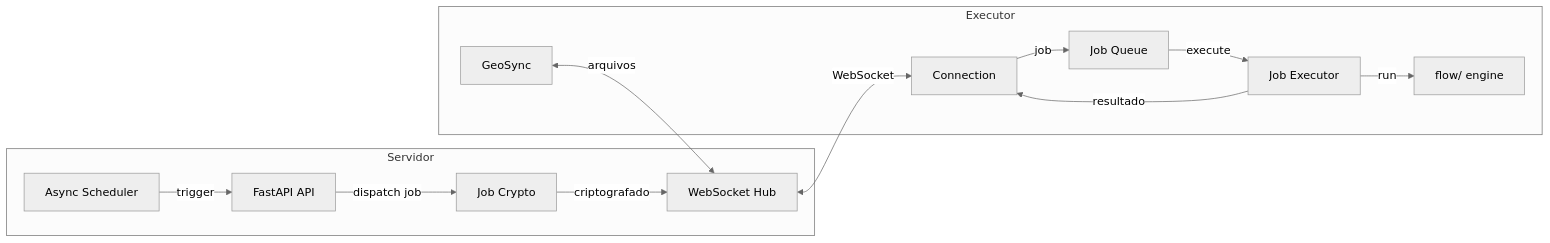
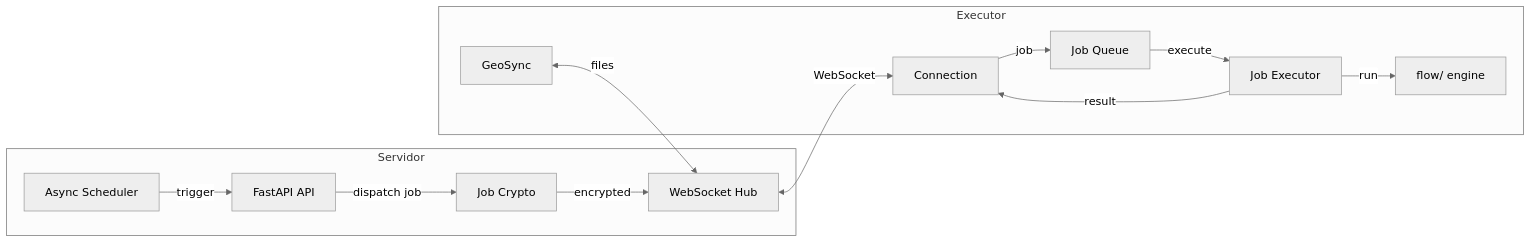
Before and after one commit to jlanio/atlans: the second of 2 diagrams in CONTRIBUTING.md, drawn with Mermaid (neutral theme). The commit also changed other lines of this file and 41 other files, not shown here.

````diff
--- a/CONTRIBUTING.md
+++ b/CONTRIBUTING.md
@@ -585,27 +585,27 @@
 ```mermaid
 graph LR
     subgraph Servidor
         API[FastAPI API]
         WS[WebSocket Hub]
         Crypto[Job Crypto]
         Scheduler[Async Scheduler]
     end
 
     subgraph Executor
         Conn[Connection]
         Queue[Job Queue]
         Exec[Job Executor]
         Flow[flow/ engine]
         Sync[GeoSync]
     end
 
     API -->|dispatch job| Crypto
-    Crypto -->|criptografado| WS
+    Crypto -->|encrypted| WS
     Scheduler -->|trigger| API
     WS <-->|WebSocket| Conn
     Conn -->|job| Queue
     Queue -->|execute| Exec
     Exec -->|run| Flow
-    Exec -->|resultado| Conn
-    Sync <-->|arquivos| WS
+    Exec -->|result| Conn
+    Sync <-->|files| WS
 ```
````
